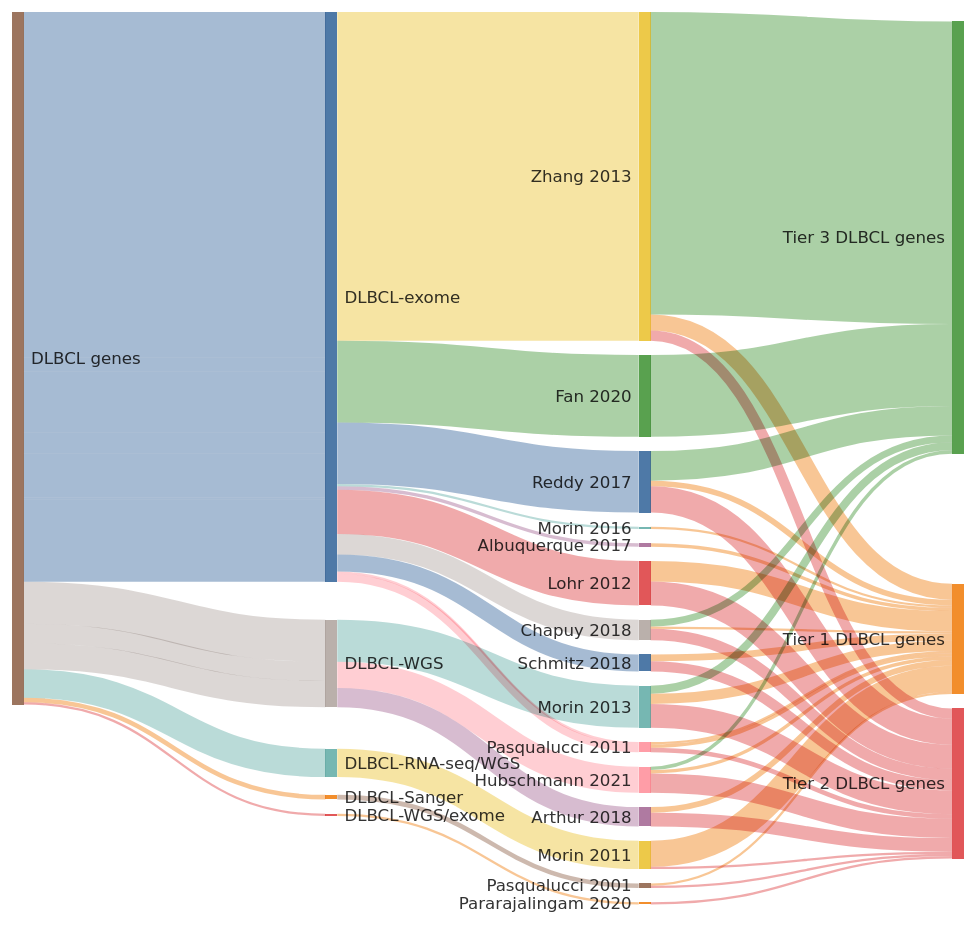
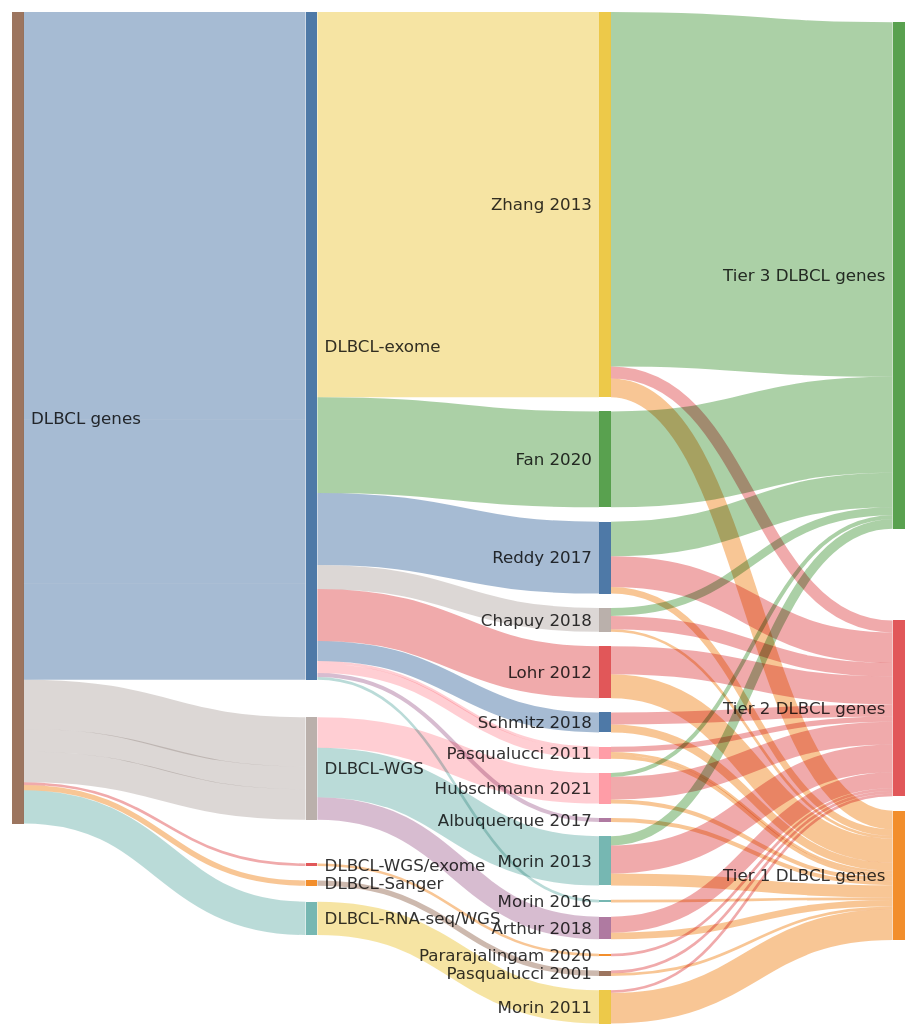
Before and after one commit to morinlab/lymphopedia: the diagram in DLBCL_genes.md, drawn with Mermaid.

````diff
--- a/DLBCL_genes.md
+++ b/DLBCL_genes.md
@@ -10,76 +10,76 @@
 ```mermaid
 ---
 config:
   sankey:
     showValues: false
     linkColor: target
-    width: 800
-    height: 750
+    width: 750
+    height: 850
     nodeAlignment: right
 ---
 sankey-beta
 Schmitz 2018, Tier 1 DLBCL genes, 6
 Schmitz 2018, Tier 2 DLBCL genes, 9
 Morin 2013, Tier 1 DLBCL genes, 9
 Morin 2013, Tier 2 DLBCL genes, 21
 Morin 2013, Tier 3 DLBCL genes, 7
 Zhang 2013, Tier 1 DLBCL genes, 14
 Zhang 2013, Tier 2 DLBCL genes, 9
 Zhang 2013, Tier 3 DLBCL genes, 266
 Albuquerque 2017, Tier 1 DLBCL genes, 3
 Pasqualucci 2011, Tier 1 DLBCL genes, 2
 Pasqualucci 2011, Tier 1 DLBCL genes, 3
 Pasqualucci 2011, Tier 2 DLBCL genes, 4
 Pasqualucci 2001, Tier 1 DLBCL genes, 2
 Pasqualucci 2001, Tier 2 DLBCL genes, 2
 Chapuy 2018, Tier 1 DLBCL genes, 2
 Chapuy 2018, Tier 2 DLBCL genes, 10
 Chapuy 2018, Tier 3 DLBCL genes, 6
 Reddy 2017, Tier 1 DLBCL genes, 5
 Reddy 2017, Tier 2 DLBCL genes, 23
 Reddy 2017, Tier 3 DLBCL genes, 26
 Pararajalingam 2020, Tier 2 DLBCL genes, 2
 Lohr 2012, Tier 1 DLBCL genes, 18
 Lohr 2012, Tier 2 DLBCL genes, 21
 Morin 2016, Tier 1 DLBCL genes, 2
 Fan 2020, Tier 3 DLBCL genes, 72
 Morin 2011, Tier 1 DLBCL genes, 23
 Morin 2011, Tier 2 DLBCL genes, 2
 Arthur 2018, Tier 1 DLBCL genes, 5
 Arthur 2018, Tier 2 DLBCL genes, 12
 Hubschmann 2021, Tier 1 DLBCL genes, 3
 Hubschmann 2021, Tier 2 DLBCL genes, 17
 Hubschmann 2021, Tier 3 DLBCL genes, 3
 DLBCL genes, DLBCL-WGS, 37
 DLBCL-WGS, Morin 2013, 37
 DLBCL genes, DLBCL-exome, 15
 DLBCL-exome, Schmitz 2018, 15
 DLBCL genes, DLBCL-exome, 289
 DLBCL-exome, Zhang 2013, 289
 DLBCL genes, DLBCL-exome, 2
 DLBCL-exome, Pasqualucci 2011, 2
 DLBCL genes, DLBCL-exome, 7
 DLBCL-exome, Pasqualucci 2011, 7
 DLBCL genes, DLBCL-exome, 3
 DLBCL-exome, Albuquerque 2017, 3
 DLBCL genes, DLBCL-Sanger, 4
 DLBCL-Sanger, Pasqualucci 2001, 4
 DLBCL genes, DLBCL-WGS/exome, 2
 DLBCL-WGS/exome, Pararajalingam 2020, 2
 DLBCL genes, DLBCL-exome, 54
 DLBCL-exome, Reddy 2017, 54
 DLBCL genes, DLBCL-exome, 18
 DLBCL-exome, Chapuy 2018, 18
 DLBCL genes, DLBCL-exome, 39
 DLBCL-exome, Lohr 2012, 39
 DLBCL genes, DLBCL-exome, 2
 DLBCL-exome, Morin 2016, 2
 DLBCL genes, DLBCL-exome, 72
 DLBCL-exome, Fan 2020, 72
 DLBCL genes, DLBCL-RNA-seq/WGS, 25
 DLBCL-RNA-seq/WGS, Morin 2011, 25
 DLBCL genes, DLBCL-WGS, 17
 DLBCL-WGS, Arthur 2018, 17
 DLBCL genes, DLBCL-WGS, 23
 DLBCL-WGS, Hubschmann 2021, 23
 ```
````
